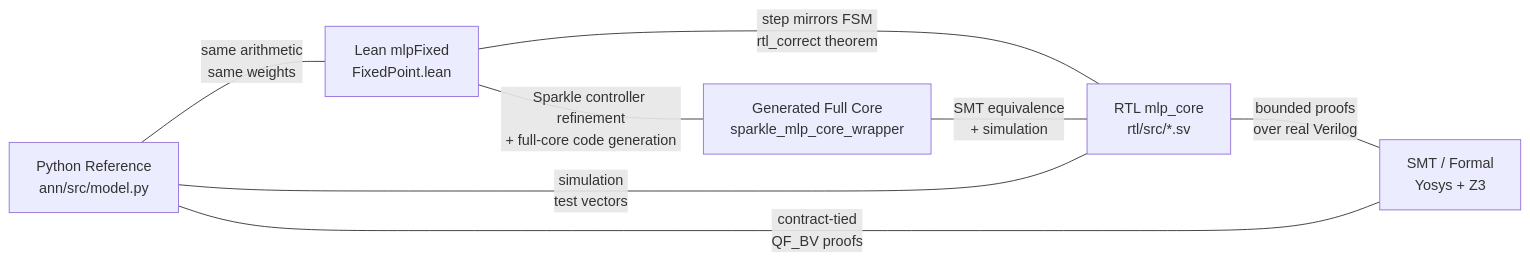
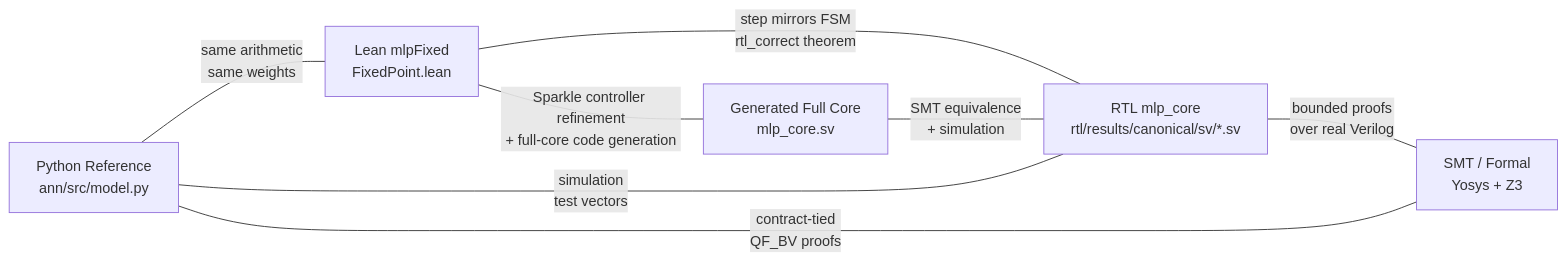
One commit to dfdgsdfg/ann-rtl-lean-poc changed the seventh of 7 diagrams in docs/from-ann-to-proven-hardware.md. Above: the diagram before and after it, drawn with Mermaid. The commit also changed other lines of this file and 56 other files, not shown here.

Commit message:
Align RTL canonical artifact layout

````diff
--- a/docs/from-ann-to-proven-hardware.md
+++ b/docs/from-ann-to-proven-hardware.md
@@ -570,10 +570,10 @@
 ```mermaid
 graph LR
     PY["Python Reference<br/>ann/src/model.py"] ---|"same arithmetic<br/>same weights"| LEAN["Lean mlpFixed<br/>FixedPoint.lean"]
-    LEAN ---|"step mirrors FSM<br/>rtl_correct theorem"| RTL["RTL mlp_core<br/>rtl/src/*.sv"]
-    LEAN ---|"Sparkle controller refinement<br/>+ full-core code generation"| GEN["Generated Full Core<br/>sparkle_mlp_core_wrapper"]
+    LEAN ---|"step mirrors FSM<br/>rtl_correct theorem"| RTL["RTL mlp_core<br/>rtl/results/canonical/sv/*.sv"]
+    LEAN ---|"Sparkle controller refinement<br/>+ full-core code generation"| GEN["Generated Full Core<br/>mlp_core.sv"]
     RTL ---|"simulation<br/>test vectors"| PY
     RTL ---|"bounded proofs<br/>over real Verilog"| SMT["SMT / Formal<br/>Yosys + Z3"]
     SMT ---|"contract-tied<br/>QF_BV proofs"| PY
     GEN ---|"SMT equivalence<br/>+ simulation"| RTL
 ```
````
